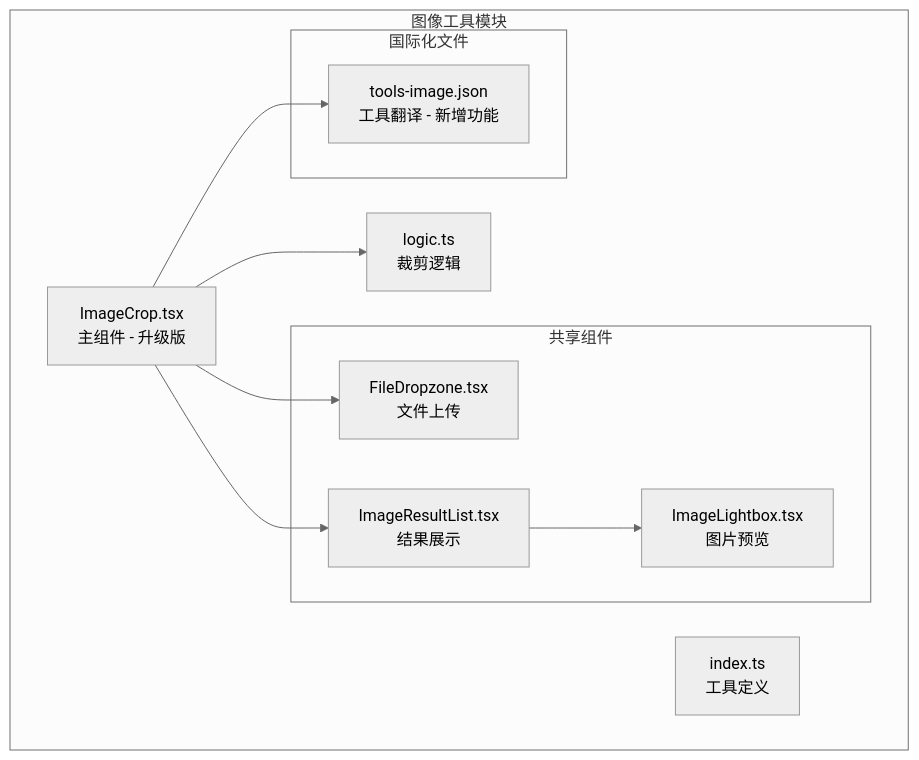
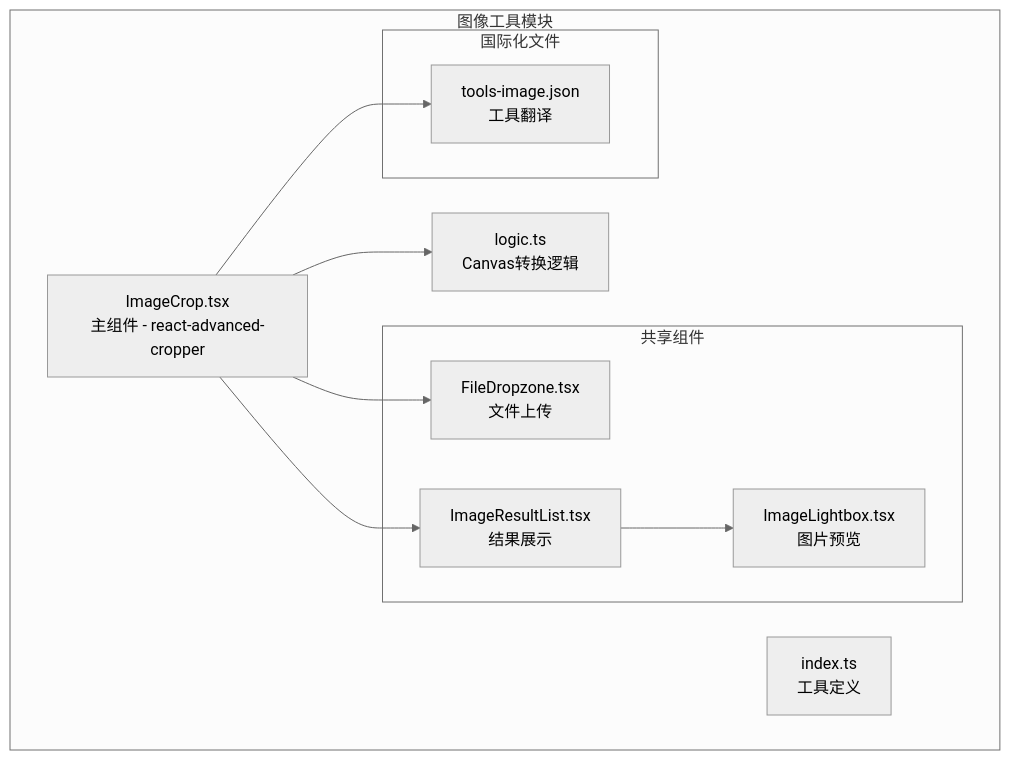
Before and after one commit to sgyy/privadeck: the first of 12 diagrams in .qoder/repowiki/zh/content/图像工具/图像裁剪.md, drawn with Mermaid (neutral theme). The commit also changed other lines of this file and 23 other files, not shown here.

````diff
--- a/.qoder/repowiki/zh/content/图像工具/图像裁剪.md
+++ b/.qoder/repowiki/zh/content/图像工具/图像裁剪.md
@@ -52,21 +54,21 @@
 ```mermaid
 graph TB
 subgraph "图像工具模块"
-IC[ImageCrop.tsx<br/>主组件 - 升级版]
-LOGIC[logic.ts<br/>裁剪逻辑]
+IC[ImageCrop.tsx<br/>主组件 - react-advanced-cropper]
+LOGIC[logic.ts<br/>Canvas转换逻辑]
 INDEX[index.ts<br/>工具定义]
 subgraph "共享组件"
 FDZ[FileDropzone.tsx<br/>文件上传]
 IRL[ImageResultList.tsx<br/>结果展示]
 ILB[ImageLightbox.tsx<br/>图片预览]
 end
 subgraph "国际化文件"
-TI[tools-image.json<br/>工具翻译 - 新增功能]
+TI[tools-image.json<br/>工具翻译]
 end
 end
 IC --> LOGIC
 IC --> FDZ
 IC --> IRL
 IRL --> ILB
 IC --> TI
 ```
````
